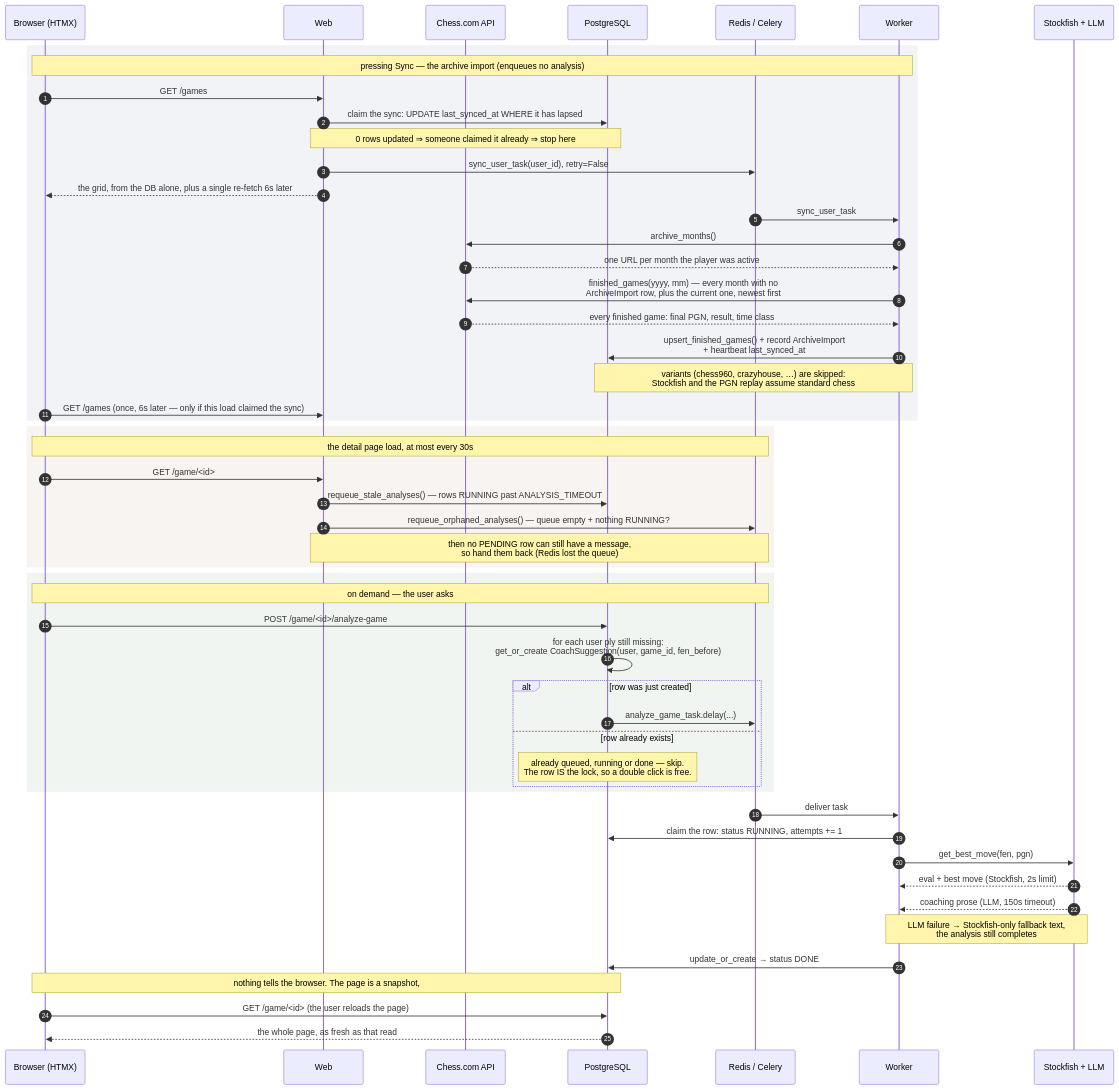
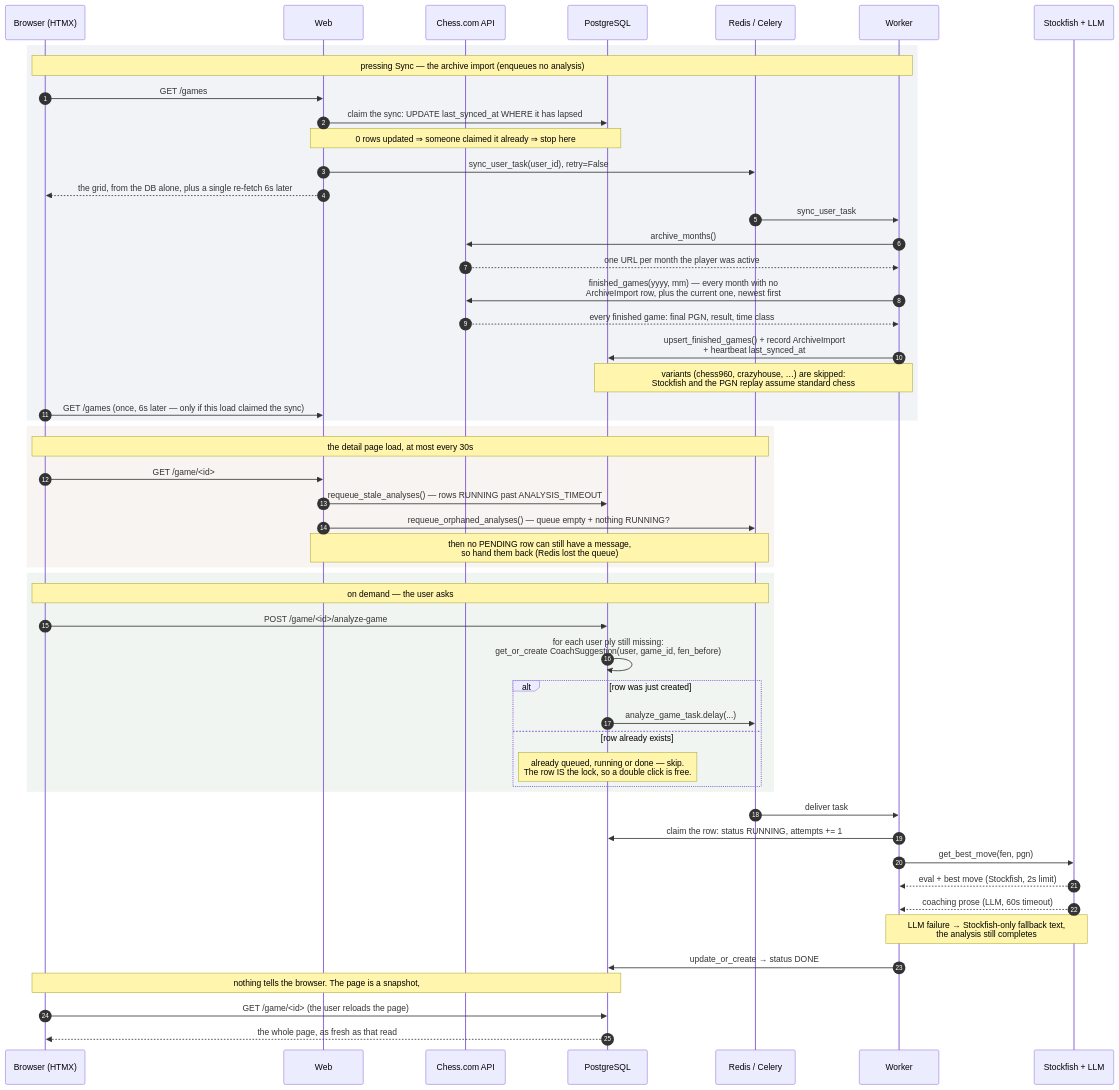
Before and after one commit to gab-25/chessdotcom_ai_coach: the second of 2 diagrams in docs/architecture.md, drawn with Mermaid. The commit also changed other lines of this file and 19 other files, not shown here.

Commit message:
Migrate the LLM coach from Ollama to OpenRouter, and make its prose trustworthy (#53)

````diff
--- a/docs/architecture.md
+++ b/docs/architecture.md
@@ -98,59 +98,59 @@
 ```mermaid
 sequenceDiagram
     autonumber
     participant B as Browser (HTMX)
     participant Web as Web
     participant C as Chess.com API
     participant DB as PostgreSQL
     participant Q as Redis / Celery
     participant W as Worker
     participant E as Stockfish + LLM
 
     rect rgba(120,140,180,0.10)
     Note over B,W: pressing Sync — the archive import (enqueues no analysis)
     B->>Web: GET /games
     Web->>DB: claim the sync: UPDATE last_synced_at WHERE it has lapsed
     Note over Web,DB: 0 rows updated ⇒ someone claimed it already ⇒ stop here
     Web->>Q: sync_user_task(user_id), retry=False
     Web-->>B: the grid, from the DB alone, plus a single re-fetch 6s later
     Q->>W: sync_user_task
     W->>C: archive_months()
     C-->>W: one URL per month the player was active
     W->>C: finished_games(yyyy, mm) — every month with no<br/>ArchiveImport row, plus the current one, newest first
     C-->>W: every finished game: final PGN, result, time class
     W->>DB: upsert_finished_games() + record ArchiveImport<br/>+ heartbeat last_synced_at
     Note over W,DB: variants (chess960, crazyhouse, …) are skipped:<br/>Stockfish and the PGN replay assume standard chess
     B->>Web: GET /games (once, 6s later — only if this load claimed the sync)
     end
 
     rect rgba(180,150,120,0.10)
     Note over B,Q: the detail page load, at most every 30s
     B->>Web: GET /game/<id>
     Web->>DB: requeue_stale_analyses() — rows RUNNING past ANALYSIS_TIMEOUT
     Web->>Q: requeue_orphaned_analyses() — queue empty + nothing RUNNING?
     Note over Web,Q: then no PENDING row can still have a message,<br/>so hand them back (Redis lost the queue)
     end
 
     rect rgba(120,160,120,0.10)
     Note over B,Q: on demand — the user asks
     B->>DB: POST /game/<id>/analyze-game
     DB->>DB: for each user ply still missing:<br/>get_or_create CoachSuggestion(user, game_id, fen_before)
     alt row was just created
         DB->>Q: analyze_game_task.delay(...)
     else row already exists
         Note over DB: already queued, running or done — skip.<br/>The row IS the lock, so a double click is free.
     end
     end
 
     Q->>W: deliver task
     W->>DB: claim the row: status RUNNING, attempts += 1
     W->>E: get_best_move(fen, pgn)
     E-->>W: eval + best move (Stockfish, 2s limit)
-    E-->>W: coaching prose (LLM, 150s timeout)
+    E-->>W: coaching prose (LLM, 60s timeout)
     Note over W,E: LLM failure → Stockfish-only fallback text,<br/>the analysis still completes
     W->>DB: update_or_create → status DONE
 
     Note over B,DB: nothing tells the browser. The page is a snapshot,
     B->>DB: GET /game/<id> (the user reloads the page)
     DB-->>B: the whole page, as fresh as that read
 ```
````
